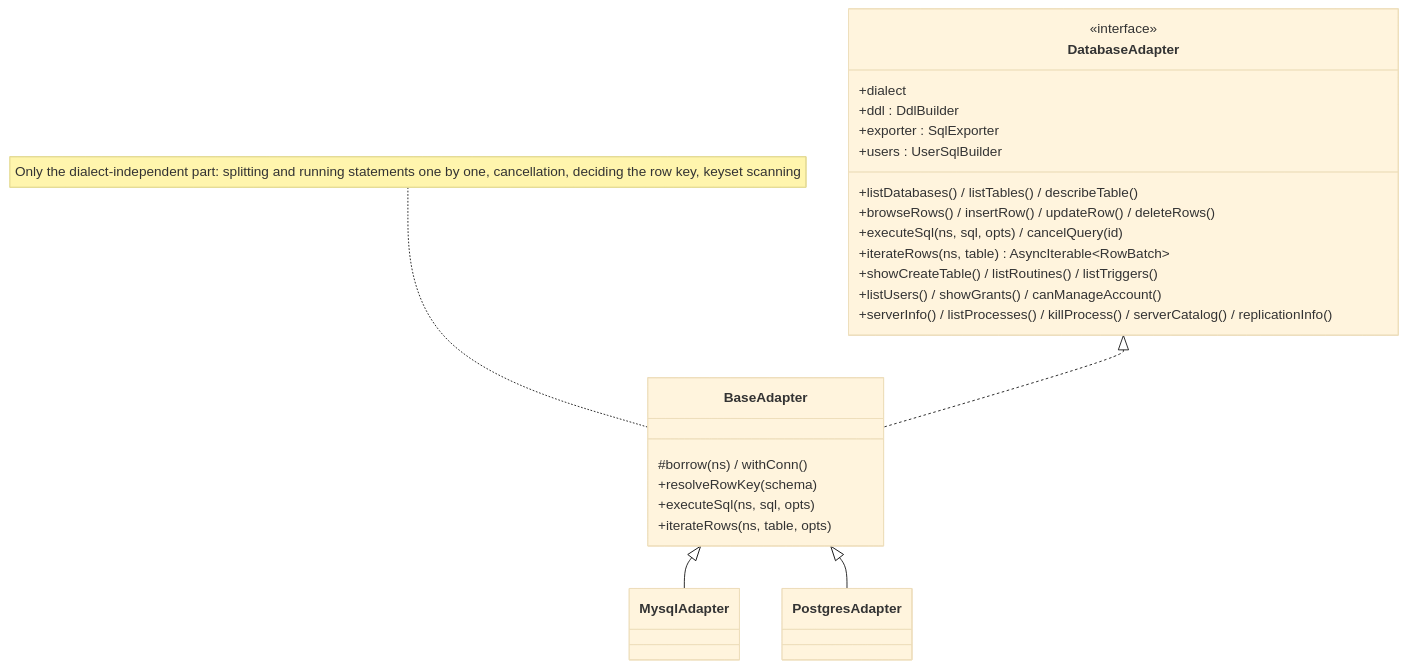
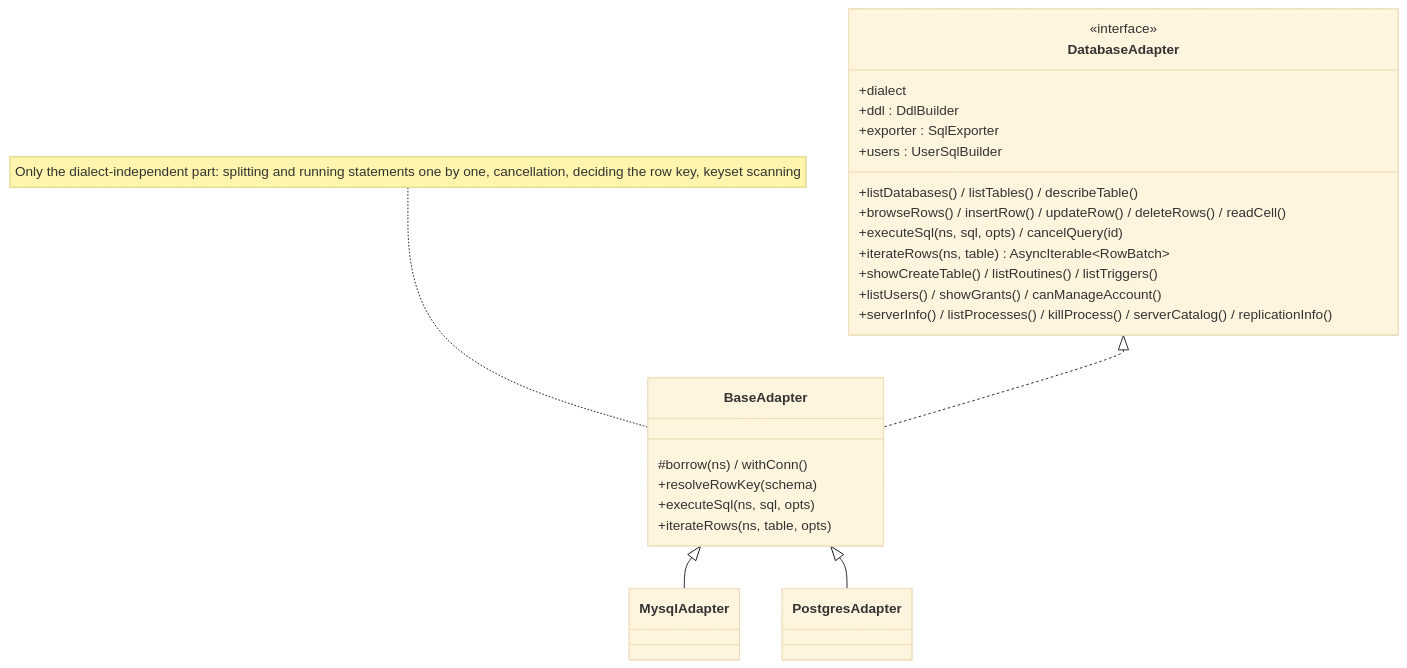
The third of 11 diagrams in docs/en/architecture.md (ip-san/tsmyadmin), drawn with Mermaid (base theme) before and after one commit. The commit also changed other lines of this file and 35 other files, not shown here.

````diff
--- a/docs/en/architecture.md
+++ b/docs/en/architecture.md
@@ -74,29 +74,29 @@
 ```mermaid
 classDiagram
   class DatabaseAdapter {
     <<interface>>
     +dialect
     +listDatabases() / listTables() / describeTable()
-    +browseRows() / insertRow() / updateRow() / deleteRows()
+    +browseRows() / insertRow() / updateRow() / deleteRows() / readCell()
     +executeSql(ns, sql, opts) / cancelQuery(id)
     +iterateRows(ns, table) AsyncIterable~RowBatch~
     +showCreateTable() / listRoutines() / listTriggers()
     +listUsers() / showGrants() / canManageAccount()
     +serverInfo() / listProcesses() / killProcess() / serverCatalog() / replicationInfo()
     +ddl : DdlBuilder
     +exporter : SqlExporter
     +users : UserSqlBuilder
   }
   class BaseAdapter {
     #borrow(ns) / withConn()
     +resolveRowKey(schema)
     +executeSql(ns, sql, opts)
     +iterateRows(ns, table, opts)
   }
   note for BaseAdapter "Only the dialect-independent part: splitting and running statements one by one, cancellation, deciding the row key, keyset scanning"
   class MysqlAdapter
   class PostgresAdapter
   DatabaseAdapter <|.. BaseAdapter
   BaseAdapter <|-- MysqlAdapter
   BaseAdapter <|-- PostgresAdapter
 ```
````
